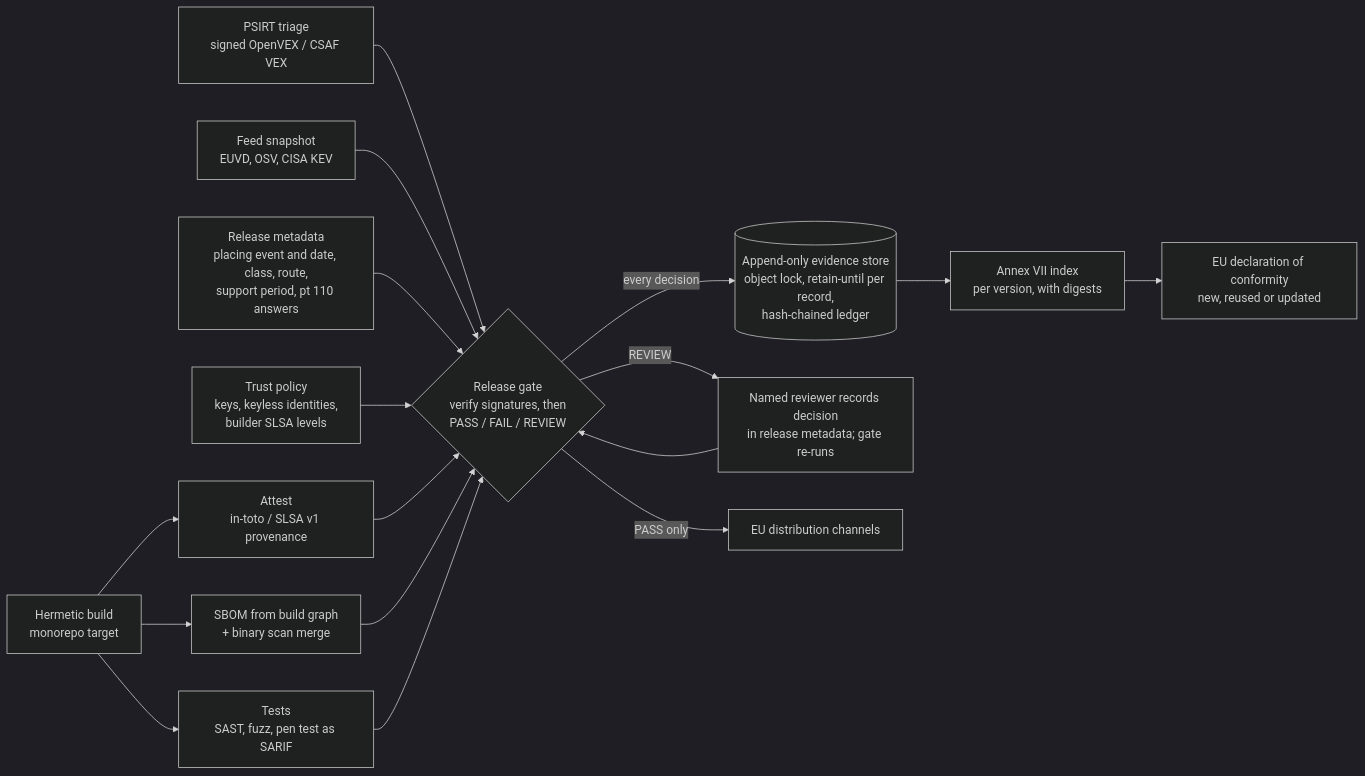
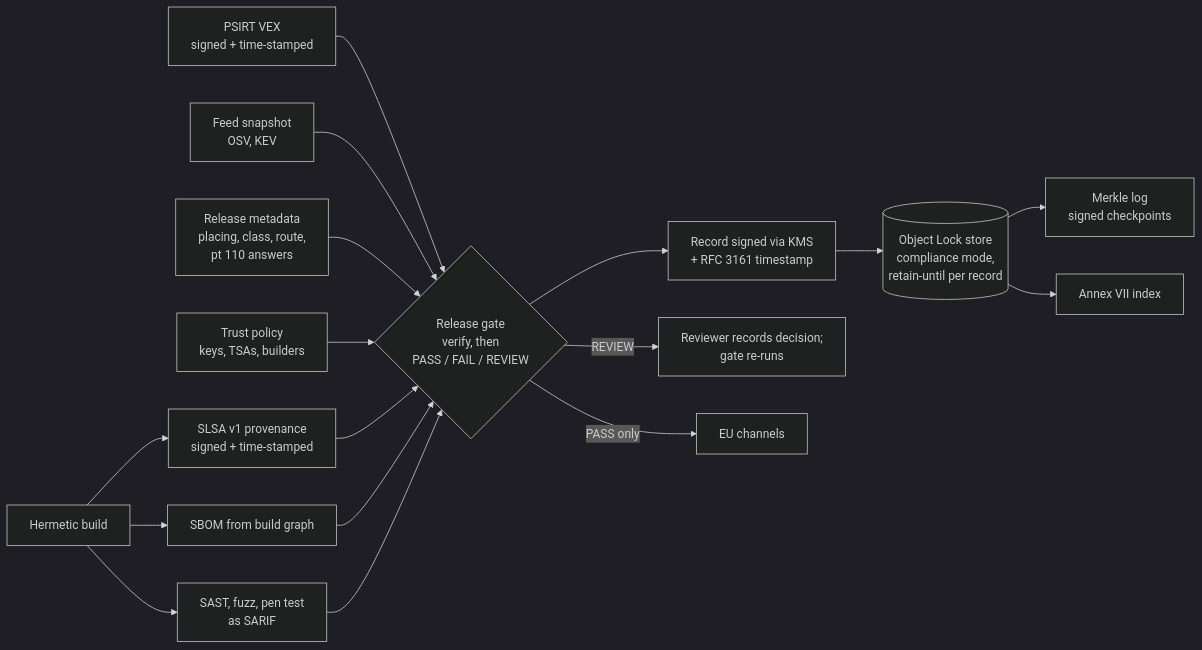
One commit to smerphy/CRA-Consulting-Pack changed the diagram in pack/enterprise/evidence-as-code/paper.md. Above: the diagram before and after it, drawn with Mermaid (dark theme). The commit also changed other lines of this file and 428 other files, not shown here.

First line of the commit message:
Evidence pipeline: signed and RFC 3161-timestamped records, KMS/HSM key interface, S3 Object Lock store with Merkle log, real pilot on 10 requests releases (bit-identical rebuilds), 171 tests

````diff
--- a/pack/enterprise/evidence-as-code/paper.md
+++ b/pack/enterprise/evidence-as-code/paper.md
@@ -21,19 +21,19 @@
 ```mermaid
 flowchart LR
-  A[Hermetic build<br/>monorepo target] --> B[Attest<br/>in-toto / SLSA v1 provenance]
-  A --> C[SBOM from build graph<br/>+ binary scan merge]
-  A --> T[Tests<br/>SAST, fuzz, pen test as SARIF]
-  P[PSIRT triage<br/>signed OpenVEX / CSAF VEX] --> G
-  F[Feed snapshot<br/>EUVD, OSV, CISA KEV] --> G
-  M[Release metadata<br/>placing event and date, class, route,<br/>support period, pt 110 answers] --> G
-  K[Trust policy<br/>keys, keyless identities,<br/>builder SLSA levels] --> G
-  B --> G{Release gate<br/>verify signatures, then<br/>PASS / FAIL / REVIEW}
+  A[Hermetic build] --> B[SLSA v1 provenance<br/>signed + time-stamped]
+  A --> C[SBOM from build graph]
+  A --> T[SAST, fuzz, pen test<br/>as SARIF]
+  P[PSIRT VEX<br/>signed + time-stamped] --> G
+  F[Feed snapshot<br/>OSV, KEV] --> G
+  M[Release metadata<br/>placing, class, route,<br/>pt 110 answers] --> G
+  K[Trust policy<br/>keys, TSAs, builders] --> G
+  B --> G{Release gate<br/>verify, then<br/>PASS / FAIL / REVIEW}
   C --> G
   T --> G
-  G -- every decision --> S[(Append-only evidence store<br/>object lock, retain-until per record,<br/>hash-chained ledger)]
-  G -- REVIEW --> H["Named reviewer records decision<br/>in release metadata; gate re-runs"]
-  H --> G
-  S --> I[Annex VII index<br/>per version, with digests]
-  I --> D[EU declaration of conformity<br/>new, reused or updated]
-  G -- PASS only --> R[EU distribution channels]
+  G --> SR[Record signed via KMS<br/>+ RFC 3161 timestamp]
+  SR --> S[(Object Lock store<br/>compliance mode,<br/>retain-until per record)]
+  S --> L[Merkle log<br/>signed checkpoints]
+  G -- REVIEW --> H[Reviewer records decision;<br/>gate re-runs]
+  S --> I[Annex VII index]
+  G -- PASS only --> R[EU channels]
 ```
````
